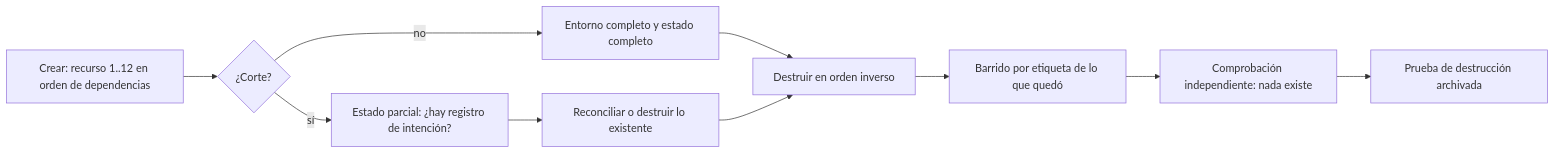
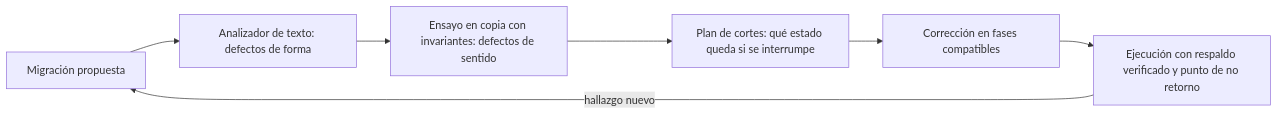
One commit to vladimiracunadev-create/modern-software-engineering-program changed the diagram in content/part-29/SE-359.md. Above: the diagram before and after it, drawn with Mermaid. The commit also changed other lines of this file and 5193 other files, not shown here.

````diff
--- a/content/part-29/SE-359.md
+++ b/content/part-29/SE-359.md
@@ -54,12 +55,9 @@
 ```mermaid
 flowchart LR
-    A[Crear: recurso 1..12 en orden de dependencias] --> B{¿Corte?}
-    B -->|no| C[Entorno completo y estado completo]
-    B -->|sí| D[Estado parcial: ¿hay registro de intención?]
-    D --> E[Reconciliar o destruir lo existente]
-    C --> F[Destruir en orden inverso]
-    E --> F
-    F --> G[Barrido por etiqueta de lo que quedó]
-    G --> H[Comprobación independiente: nada existe]
-    H --> I[Prueba de destrucción archivada]
+    A[Migración propuesta] --> B[Analizador de texto: defectos de forma]
+    B --> C[Ensayo en copia con invariantes: defectos de sentido]
+    C --> D[Plan de cortes: qué estado queda si se interrumpe]
+    D --> E[Corrección en fases compatibles]
+    E --> F[Ejecución con respaldo verificado y punto de no retorno]
+    F -->|hallazgo nuevo| A
 ```
````
